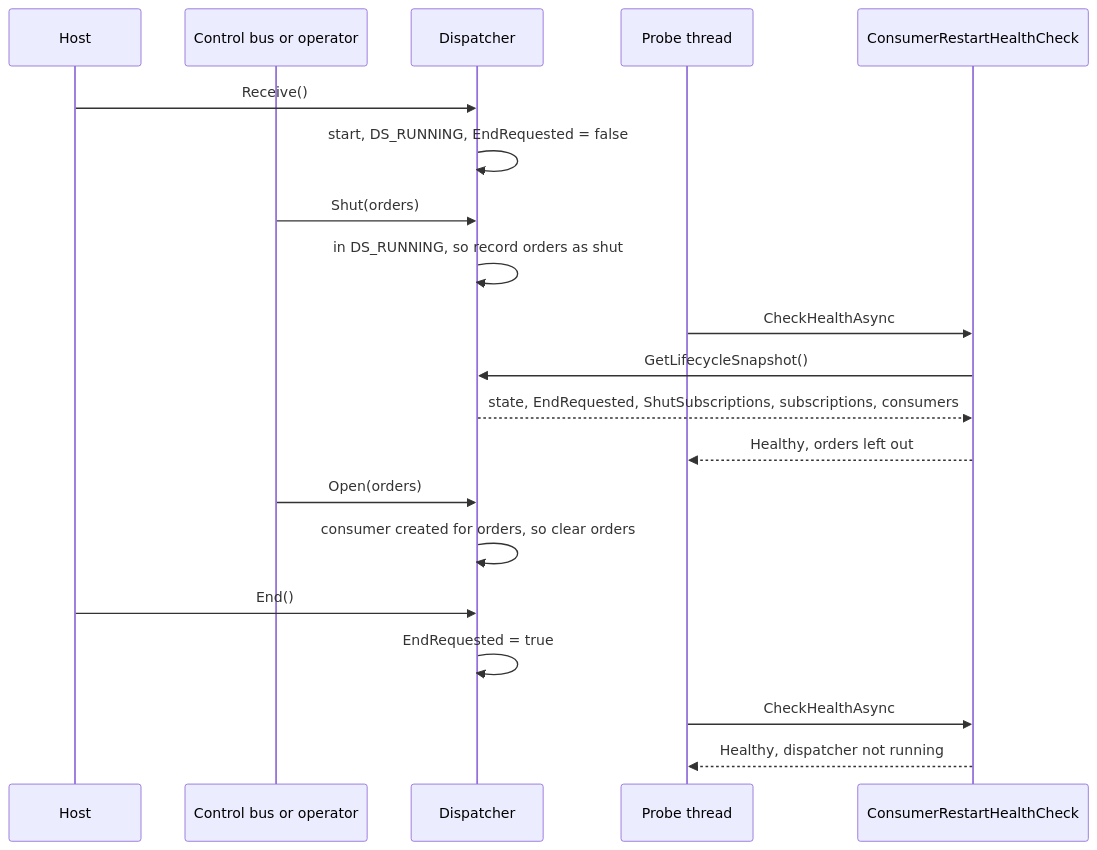
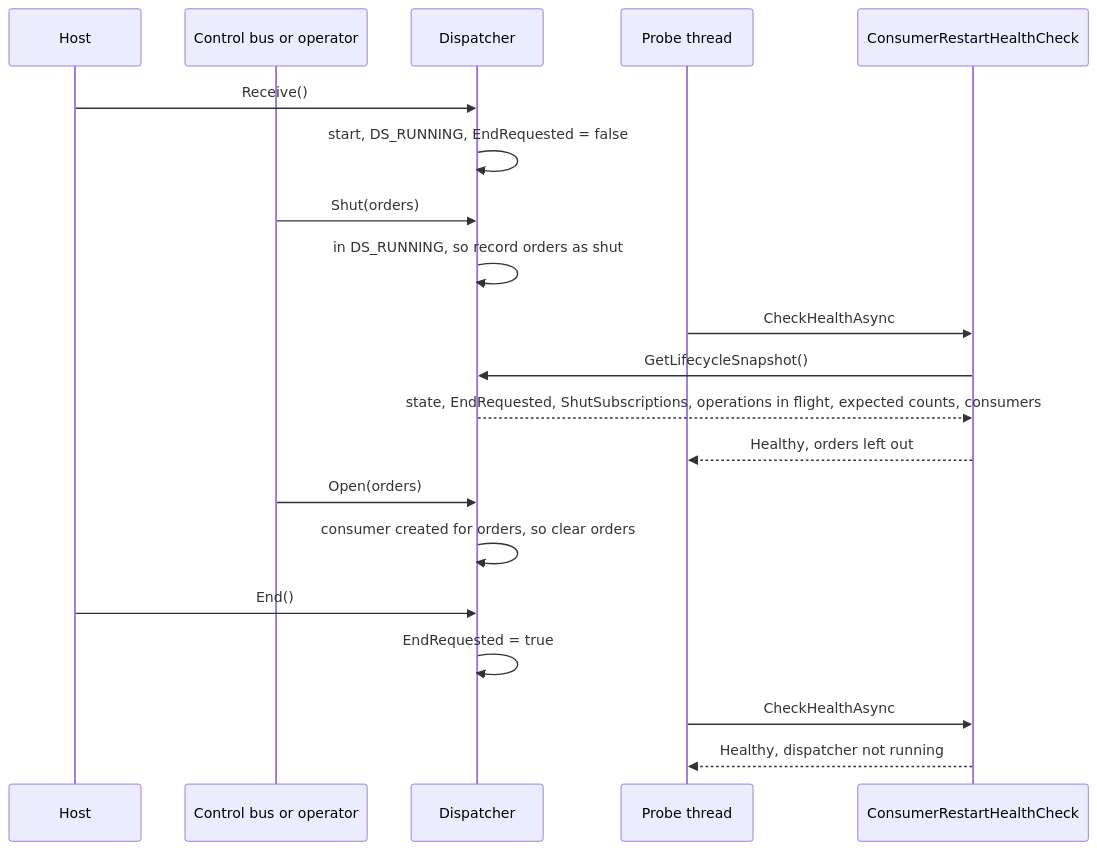
Before and after one commit to BrighterCommand/Brighter: the first of 2 diagrams in docs/adr/0087-consumer-remedy-health-checks.md, drawn with Mermaid. The commit also changed other lines of this file and 4 other files, not shown here.

````diff
--- a/docs/adr/0087-consumer-remedy-health-checks.md
+++ b/docs/adr/0087-consumer-remedy-health-checks.md
@@ -114,23 +114,23 @@
 ```mermaid
 sequenceDiagram
     participant Host as Host
     participant Ops as Control bus or operator
     participant D as Dispatcher
     participant Probe as Probe thread
     participant R as ConsumerRestartHealthCheck
 
     Host->>D: Receive()
     D->>D: start, DS_RUNNING, EndRequested = false
     Ops->>D: Shut(orders)
     D->>D: in DS_RUNNING, so record orders as shut
     Probe->>R: CheckHealthAsync
     R->>D: GetLifecycleSnapshot()
-    D-->>R: state, EndRequested, ShutSubscriptions, subscriptions, consumers
+    D-->>R: state, EndRequested, ShutSubscriptions, operations in flight, expected counts, consumers
     R-->>Probe: Healthy, orders left out
     Ops->>D: Open(orders)
     D->>D: consumer created for orders, so clear orders
     Host->>D: End()
     D->>D: EndRequested = true
     Probe->>R: CheckHealthAsync
     R-->>Probe: Healthy, dispatcher not running
 ```
````
